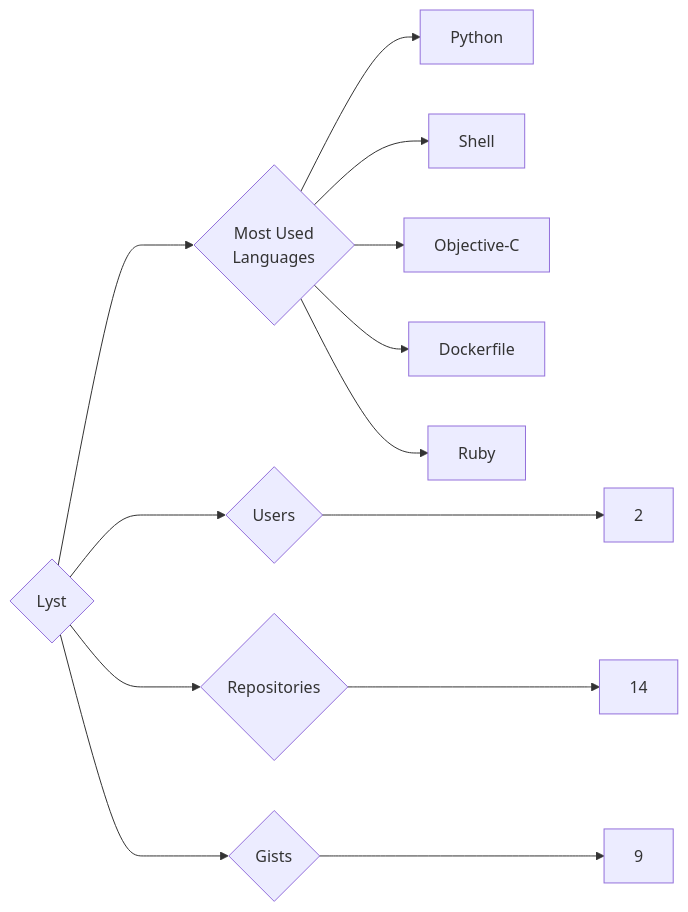
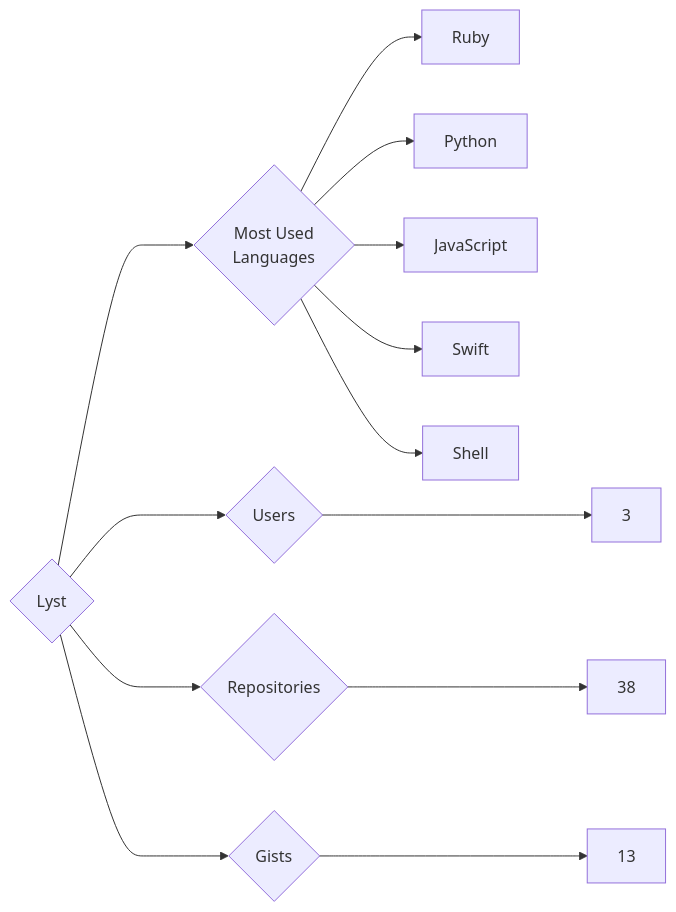
One commit to trickest/insiders changed the diagram in targets/Lyst/README.md. Above: the diagram before and after it, drawn with Mermaid. The commit also changed 924 other files, not shown here.

````diff
--- a/targets/Lyst/README.md
+++ b/targets/Lyst/README.md
@@ -3,13 +3,13 @@
 ```mermaid
 graph LR
 COMPANY_NAME{Lyst}
-COMPANY_NAME ---> U{Users} ---> UN[2]
-COMPANY_NAME ---> R{Repositories} ---> RN[14]
-COMPANY_NAME ---> G{Gists} ---> GN[9]
+COMPANY_NAME ---> U{Users} ---> UN[3]
+COMPANY_NAME ---> R{Repositories} ---> RN[38]
+COMPANY_NAME ---> G{Gists} ---> GN[13]
 COMPANY_NAME ---> ML{Most Used<br>Languages}
+ML --> Ruby[Ruby]
 ML --> Python[Python]
+ML --> JavaScript[JavaScript]
+ML --> Swift[Swift]
 ML --> Shell[Shell]
-ML --> Objective-C[Objective-C]
-ML --> Dockerfile[Dockerfile]
-ML --> Ruby[Ruby]
 ```
````
